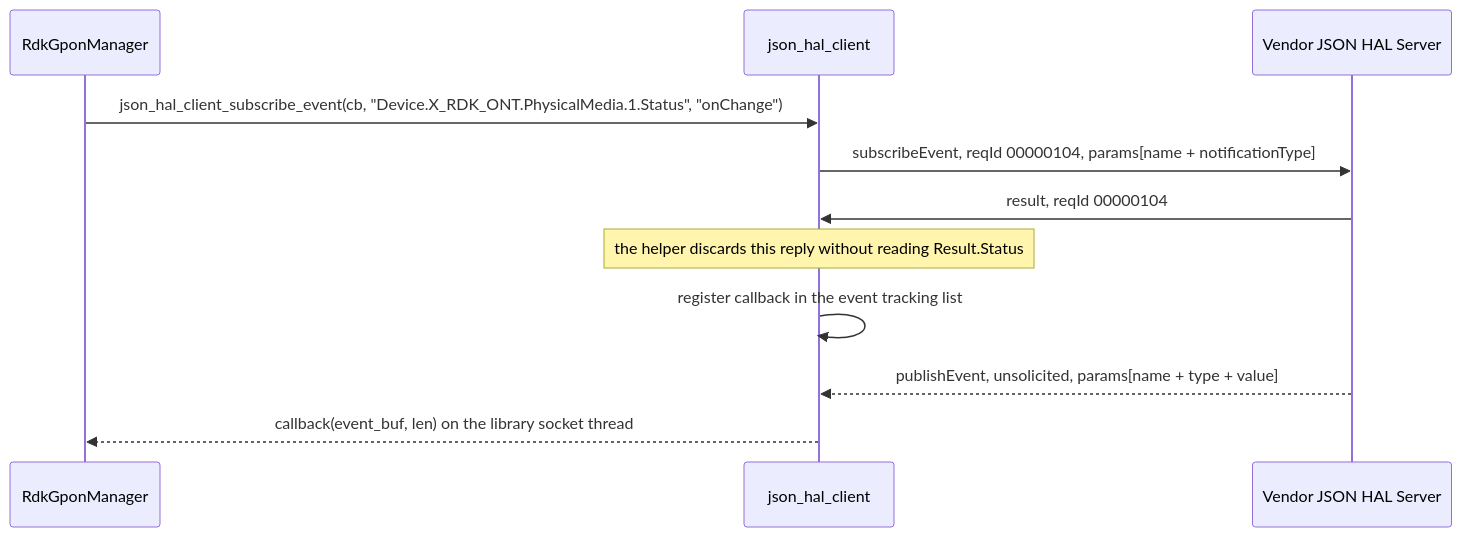
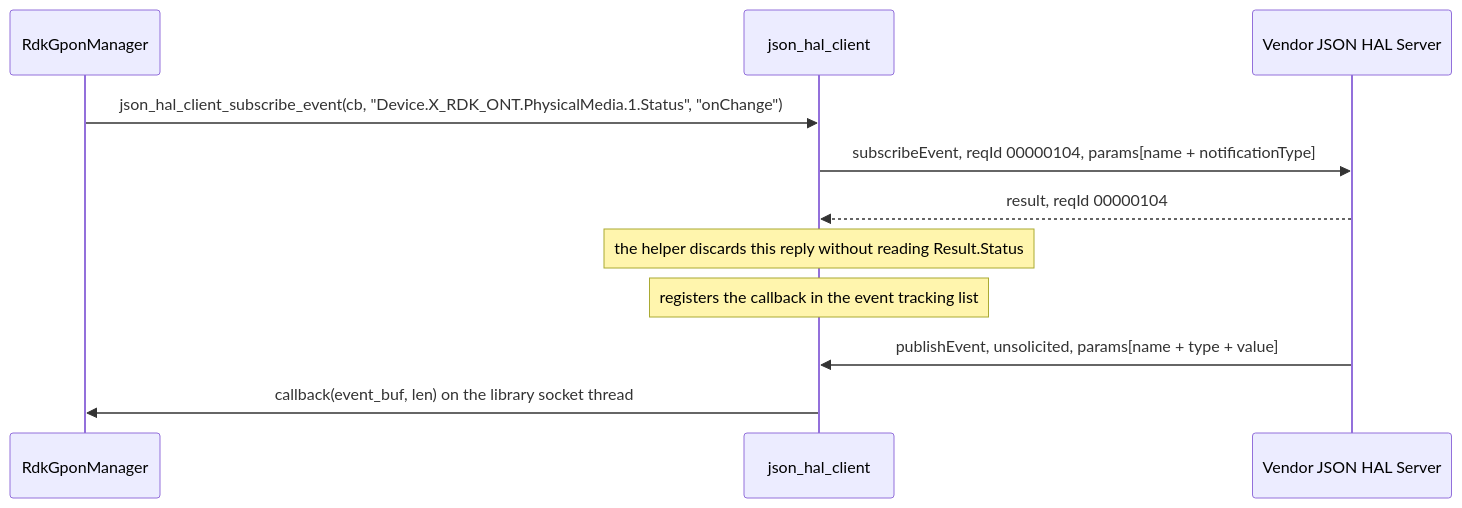
One commit to Blitzy-Sky/gpon-manager changed the second of 2 diagrams in docs/pages/halSpecDetailed.md. Above: the diagram before and after it, drawn with Mermaid. The commit also changed other lines of this file and 2 other files, not shown here.

Commit message:
docs: tidy the GPON HAL diagrams, variant table and State Diagram text
README variant table back to three columns (schema, parameter definitions, loaded when); rendering notes removed from halSpec.md and halSpecDetailed.md; Registration States reduced to the ITU-T G.984.3 naming fact; sequence replies drawn as dashed arrows; the event-subscription registration step drawn as a note.

````diff
--- a/docs/pages/halSpecDetailed.md
+++ b/docs/pages/halSpecDetailed.md
@@ -783,13 +780,13 @@
 ```mermaid
 sequenceDiagram
     participant Mgr as RdkGponManager
     participant Cli as json_hal_client
     participant Srv as Vendor JSON HAL Server
     Mgr->>Cli: json_hal_client_subscribe_event(cb, "Device.X_RDK_ONT.PhysicalMedia.1.Status", "onChange")
     Cli->>Srv: subscribeEvent, reqId 00000104, params[name + notificationType]
-    Srv->>Cli: result, reqId 00000104
+    Srv-->>Cli: result, reqId 00000104
     note over Cli: the helper discards this reply without reading Result.Status
-    Cli->>Cli: register callback in the event tracking list
-    Srv-->>Cli: publishEvent, unsolicited, params[name + type + value]
-    Cli-->>Mgr: callback(event_buf, len) on the library socket thread
+    note over Cli: registers the callback in the event tracking list
+    Srv->>Cli: publishEvent, unsolicited, params[name + type + value]
+    Cli->>Mgr: callback(event_buf, len) on the library socket thread
 ```
````
